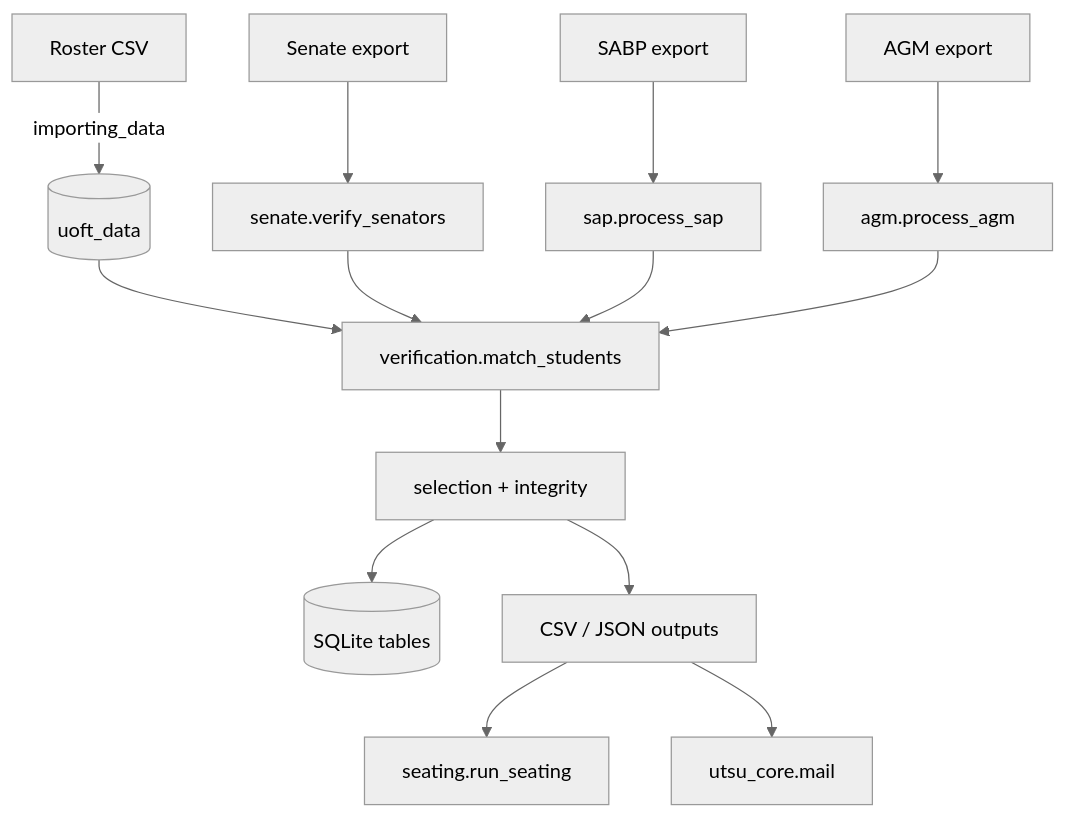
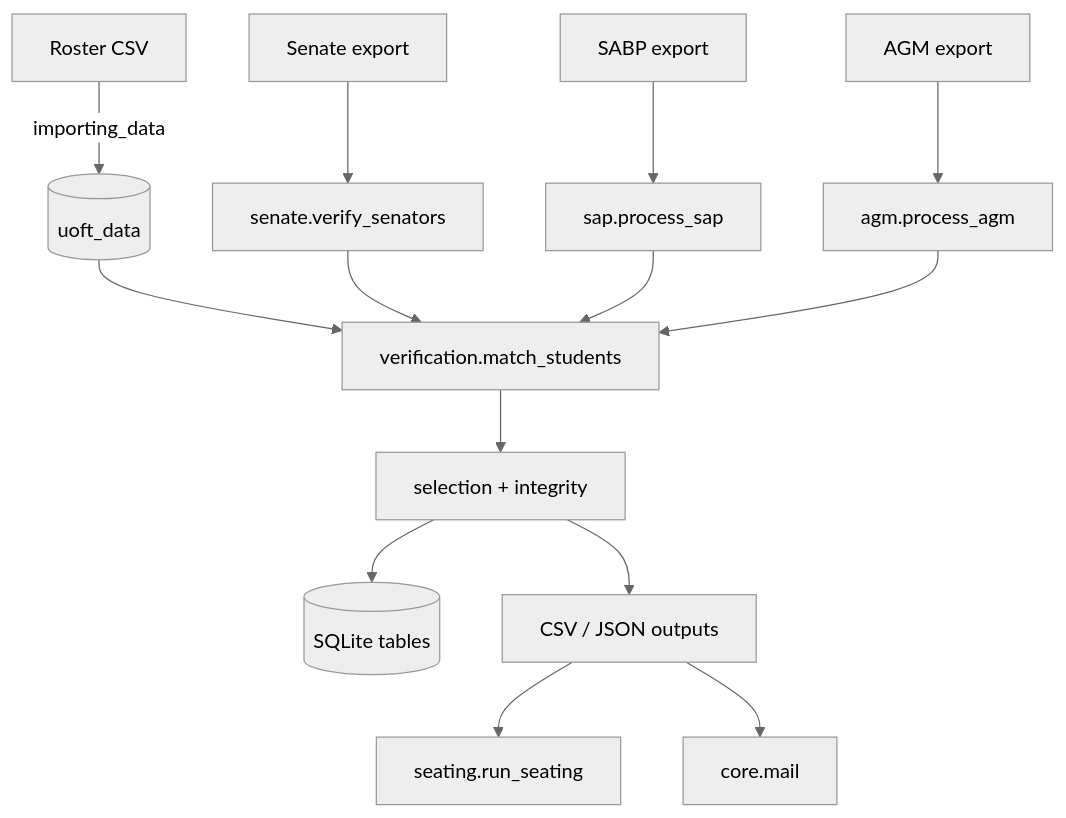
One commit to utsu-ca/utsu-portal changed the diagram in wiki/Architecture.md. Above: the diagram before and after it, drawn with Mermaid (neutral theme). The commit also changed other lines of this file and 180 other files, not shown here.

````diff
--- a/wiki/Architecture.md
+++ b/wiki/Architecture.md
@@ -34,16 +34,16 @@
 ```mermaid
 flowchart TD
     R[Roster CSV] -->|importing_data| U[(uoft_data)]
     F1[Senate export] --> S[senate.verify_senators]
     F2[SABP export] --> P[sap.process_sap]
     F3[AGM export] --> A[agm.process_agm]
     U --> M[verification.match_students]
     S --> M
     P --> M
     A --> M
     M --> I[selection + integrity]
     I --> DB[(SQLite tables)]
     I --> O[CSV / JSON outputs]
     O --> SEAT[seating.run_seating]
-    O --> MAIL[utsu_core.mail]
+    O --> MAIL[core.mail]
 ```
````
